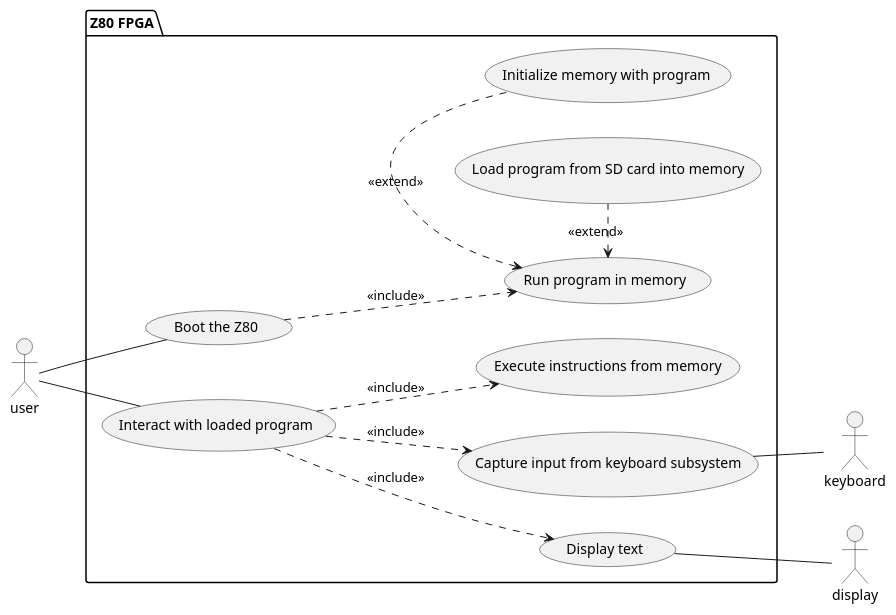
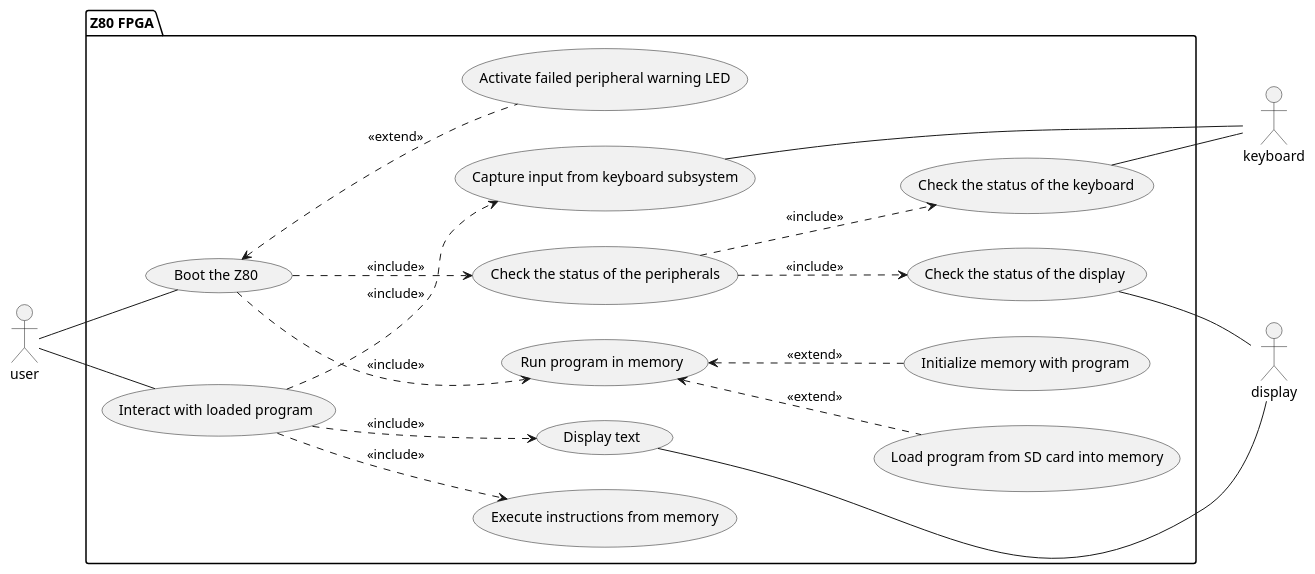
Before and after one commit to waridh/capstone-diagrams: the diagram in src/pdd/use-case/z80-usecase.puml, drawn with PlantUML. The commit also changed 1 other file, not shown here.

Commit message:
updated gantt and Z80

```diff
--- a/src/pdd/use-case/z80-usecase.puml
+++ b/src/pdd/use-case/z80-usecase.puml
@@ -1,26 +1,36 @@
 @startuml
 left to right direction
 :user:
 :keyboard:
 :display:
 package "Z80 FPGA" as z80 {
         usecase "Boot the Z80" as boot_use
         usecase "Interact with loaded program" as interact_use
         usecase "Execute instructions from memory" as execute_system
         usecase "Capture input from keyboard subsystem" as cinput
         usecase "Display text" as dout
         usecase "Run program in memory" as load
+        usecase "Check the status of the peripherals" as peri_check
+        usecase "Check the status of the keyboard" as key_check
+        usecase "Check the status of the display" as display_check
+        usecase "Activate failed peripheral warning LED" as warn_led
         usecase "Load program from SD card into memory" as load_sd
         usecase "Initialize memory with program" as load_rom
 }
 :user: -- boot_use
 :user: -- interact_use
 interact_use ..> cinput : <<include>>
 interact_use ..> dout : <<include>>
 interact_use ..> execute_system : <<include>>
+boot_use ..> peri_check : <<include>>
+boot_use <.. warn_led : <<extend>>
 boot_use ..> load : <<include>>
-load <. load_rom : <<extend>>
-load <. load_sd : <<extend>>
+peri_check ..> key_check : <<include>>
+peri_check ..> display_check : <<include>>
+load <.. load_rom : <<extend>>
+load <.. load_sd : <<extend>>
+display_check -- :display:
+key_check -- :keyboard:
 cinput -- :keyboard:
 dout -- :display:
 @enduml
```
